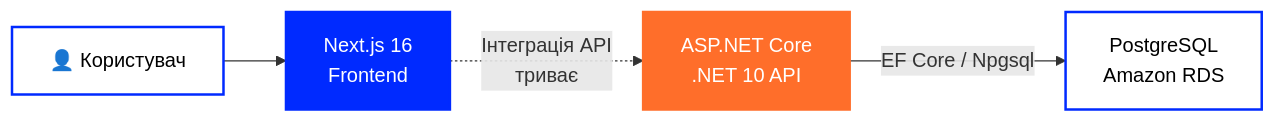
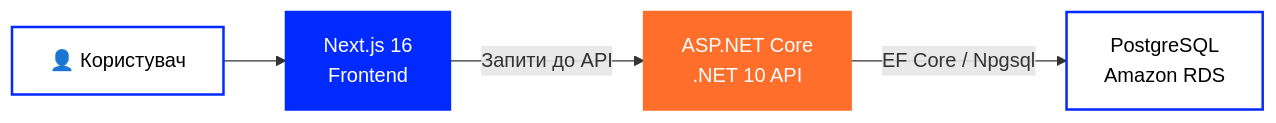
The first of 2 diagrams in README.uk.md (tr3ba/.github), drawn with Mermaid before and after one commit. The commit also changed other lines of this file, not shown here.

````diff
--- a/README.uk.md
+++ b/README.uk.md
@@ -304,19 +323,19 @@
 ```mermaid
 flowchart LR
 
     USER["👤 Користувач"]
     FRONT["Next.js 16<br/>Frontend"]
     API["ASP.NET Core<br/>.NET 10 API"]
     DB["PostgreSQL<br/>Amazon RDS"]
 
     USER --> FRONT
 
-    FRONT -.->|"Інтеграція API<br/>триває"| API
+    FRONT -->|"Запити до API"| API
 
     API -->|"EF Core / Npgsql"| DB
 
     style USER fill:#ffffff,color:#000000,stroke:#002AFF,stroke-width:2px
     style FRONT fill:#002AFF,color:#ffffff,stroke:#002AFF,stroke-width:2px
     style API fill:#FF6E2A,color:#ffffff,stroke:#FF6E2A,stroke-width:2px
     style DB fill:#ffffff,color:#000000,stroke:#002AFF,stroke-width:2px
 ```
````
